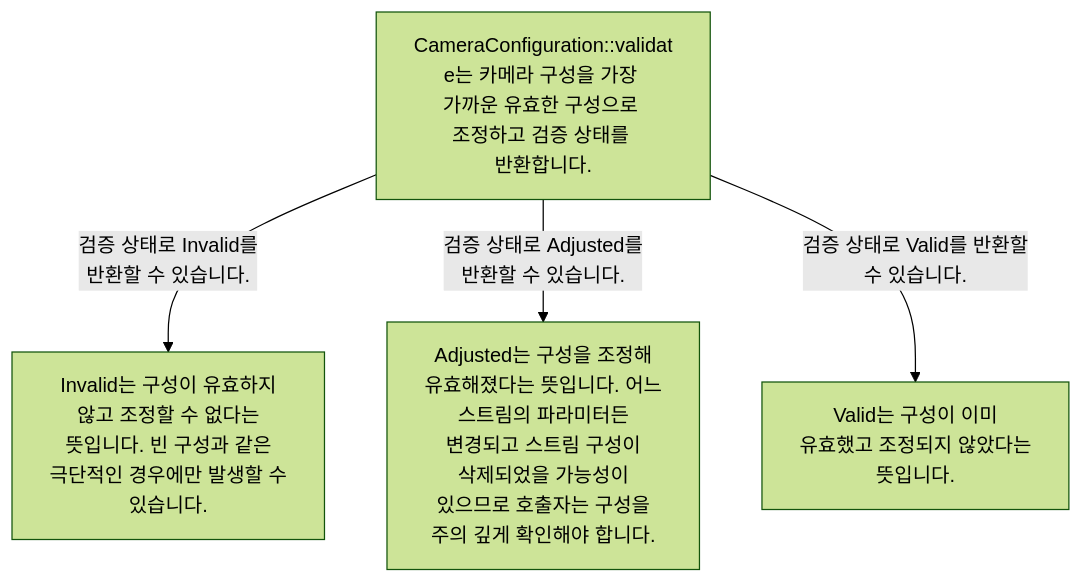
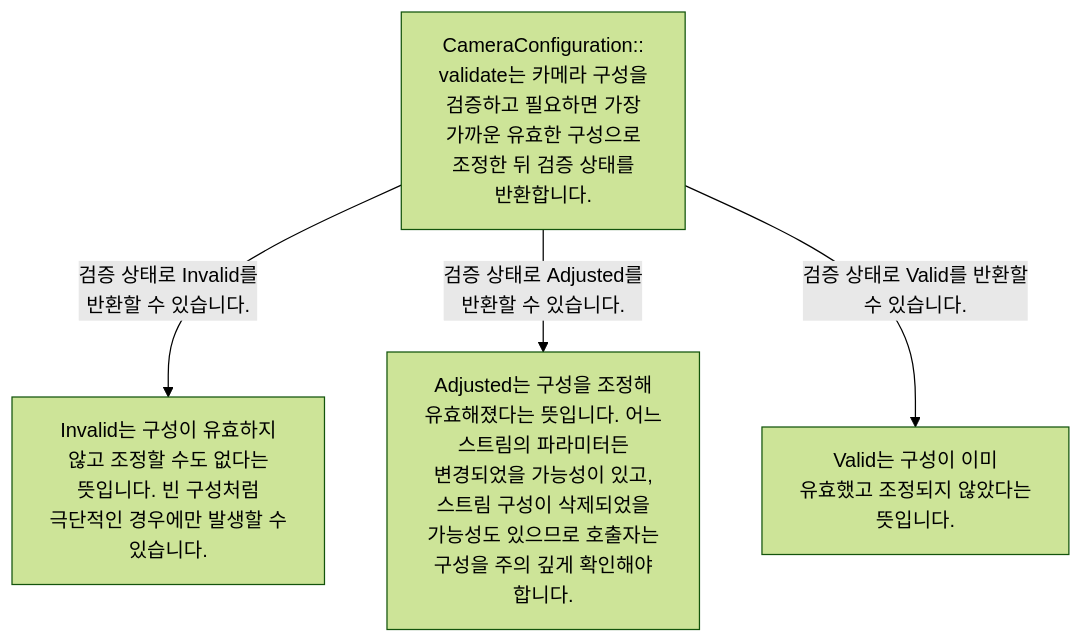
The first of 3 diagrams in docs/vendor-assurance.md (TTolsun/libcamera-sdd), drawn with Mermaid (forest theme) before and after one commit. The commit also changed other lines of this file and 25 other files, not shown here.

Commit message:
Add roles return diagram and verify causal semantic repairs

````diff
--- a/docs/vendor-assurance.md
+++ b/docs/vendor-assurance.md
@@ -38,11 +31,11 @@
 ```mermaid
 flowchart TB
-%% sdd:translations {"Adjusted는 구성을 조정해 <br/>유효해졌다는 뜻입니다. 어느 <br/>스트림의 파라미터든 <br/>변경되고 스트림 구성이 <br/>삭제되었을 가능성이 <br/>있으므로 호출자는 구성을 <br/>주의 깊게 확인해야 합니다.": "Adjusted means the <br/>configuration was adjusted <br/>and is now valid. <br/>Parameters for any stream <br/>may have changed and stream <br/>configurations may have <br/>been removed, so the caller <br/>must carefully check the <br/>configuration.", "CameraConfiguration::validat<br/>e는 카메라 구성을 가장 <br/>가까운 유효한 구성으로 <br/>조정하고 검증 상태를 <br/>반환합니다.": "CameraConfiguration::validat<br/>e adjusts the camera <br/>configuration to the <br/>closest valid configuration <br/>and returns the validation <br/>status.", "Invalid는 구성이 유효하지 <br/>않고 조정할 수 없다는 <br/>뜻입니다. 빈 구성과 같은 <br/>극단적인 경우에만 발생할 수 <br/>있습니다.": "Invalid means the <br/>configuration is invalid <br/>and cannot be adjusted. It <br/>may occur only in extreme <br/>cases, such as an empty <br/>configuration.", "Valid는 구성이 이미 <br/>유효했고 조정되지 않았다는 <br/>뜻입니다.": "Valid means the <br/>configuration was already <br/>valid and was not adjusted.", "검증 상태로 Adjusted를 <br/>반환할 수 있습니다.": "It may return Adjusted as <br/>the validation status.", "검증 상태로 Invalid를 <br/>반환할 수 있습니다.": "It may return Invalid as <br/>the validation status.", "검증 상태로 Valid를 반환할 <br/>수 있습니다.": "It may return Valid as the <br/>validation status."}
-  v_n0["CameraConfiguration::validat<br/>e는 카메라 구성을 가장 <br/>가까운 유효한 구성으로 <br/>조정하고 검증 상태를 <br/>반환합니다."]
-  v_n1["Invalid는 구성이 유효하지 <br/>않고 조정할 수 없다는 <br/>뜻입니다. 빈 구성과 같은 <br/>극단적인 경우에만 발생할 수 <br/>있습니다."]
-  v_n2["Adjusted는 구성을 조정해 <br/>유효해졌다는 뜻입니다. 어느 <br/>스트림의 파라미터든 <br/>변경되고 스트림 구성이 <br/>삭제되었을 가능성이 <br/>있으므로 호출자는 구성을 <br/>주의 깊게 확인해야 합니다."]
+%% sdd:translations {"Adjusted는 구성을 조정해 <br/>유효해졌다는 뜻입니다. 어느 <br/>스트림의 파라미터든 <br/>변경되었을 가능성이 있고, <br/>스트림 구성이 삭제되었을 <br/>가능성도 있으므로 호출자는 <br/>구성을 주의 깊게 확인해야 <br/>합니다.": "Adjusted means the <br/>configuration was adjusted <br/>and is now valid. <br/>Parameters for any stream <br/>may have changed, and <br/>stream configurations may <br/>have been removed, so the <br/>caller must carefully check <br/>the configuration.", "CameraConfiguration::<br/>validate는 카메라 구성을 <br/>검증하고 필요하면 가장 <br/>가까운 유효한 구성으로 <br/>조정한 뒤 검증 상태를 <br/>반환합니다.": "CameraConfiguration::<br/>validate validates the <br/>camera configuration, may <br/>adjust it to the closest <br/>valid configuration, and <br/>returns the validation <br/>status.", "Invalid는 구성이 유효하지 <br/>않고 조정할 수도 없다는 <br/>뜻입니다. 빈 구성처럼 <br/>극단적인 경우에만 발생할 수 <br/>있습니다.": "Invalid means the <br/>configuration is invalid <br/>and cannot be adjusted. It <br/>may occur only in extreme <br/>cases, such as an empty <br/>configuration.", "Valid는 구성이 이미 <br/>유효했고 조정되지 않았다는 <br/>뜻입니다.": "Valid means the <br/>configuration was already <br/>valid and was not adjusted.", "검증 상태로 Adjusted를 <br/>반환할 수 있습니다.": "It may return Adjusted as <br/>the validation status.", "검증 상태로 Invalid를 <br/>반환할 수 있습니다.": "It may return Invalid as <br/>the validation status.", "검증 상태로 Valid를 반환할 <br/>수 있습니다.": "It may return Valid as the <br/>validation status."}
+  v_n0["CameraConfiguration::<br/>validate는 카메라 구성을 <br/>검증하고 필요하면 가장 <br/>가까운 유효한 구성으로 <br/>조정한 뒤 검증 상태를 <br/>반환합니다."]
+  v_n1["Invalid는 구성이 유효하지 <br/>않고 조정할 수도 없다는 <br/>뜻입니다. 빈 구성처럼 <br/>극단적인 경우에만 발생할 수 <br/>있습니다."]
+  v_n2["Adjusted는 구성을 조정해 <br/>유효해졌다는 뜻입니다. 어느 <br/>스트림의 파라미터든 <br/>변경되었을 가능성이 있고, <br/>스트림 구성이 삭제되었을 <br/>가능성도 있으므로 호출자는 <br/>구성을 주의 깊게 확인해야 <br/>합니다."]
   v_n3["Valid는 구성이 이미 <br/>유효했고 조정되지 않았다는 <br/>뜻입니다."]
   v_n0 -->|"검증 상태로 Invalid를 <br/>반환할 수 있습니다."| v_n1
   v_n0 -->|"검증 상태로 Adjusted를 <br/>반환할 수 있습니다."| v_n2
   v_n0 -->|"검증 상태로 Valid를 반환할 <br/>수 있습니다."| v_n3
 ```
````
